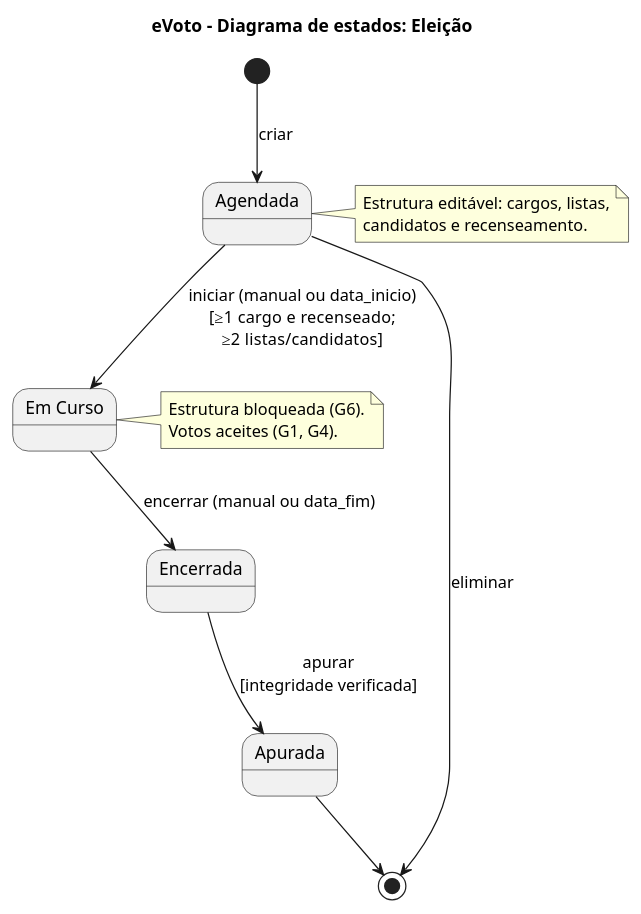
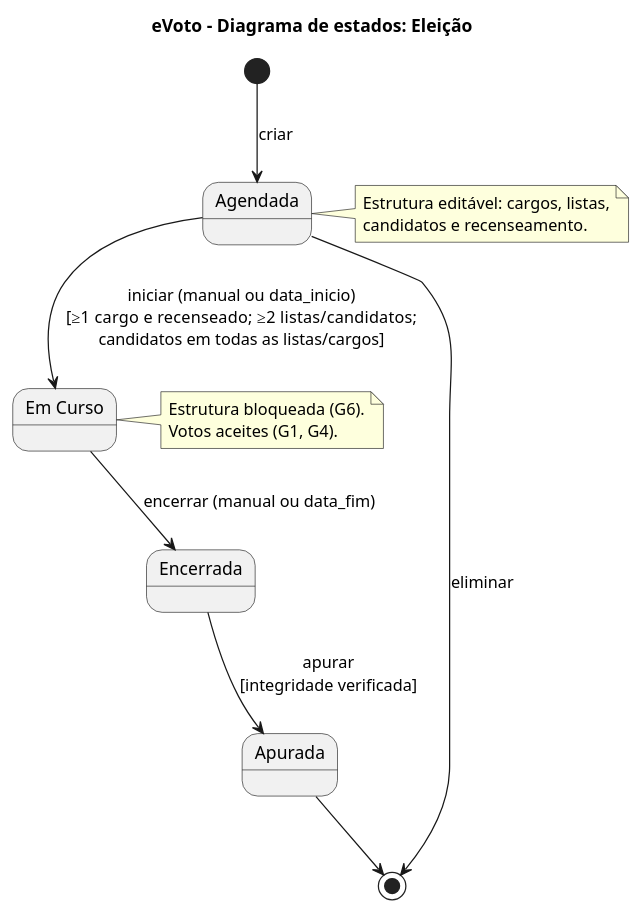
Before and after one commit to Prreira/BDD_Project: the diagram in docs/uml/05_estados_eleicao.puml, drawn with PlantUML. The commit also changed 18 other files, not shown here.

```diff
--- a/docs/uml/05_estados_eleicao.puml
+++ b/docs/uml/05_estados_eleicao.puml
@@ -1,20 +1,21 @@
 @startuml
 title eVoto - Diagrama de estados: Eleição
+
+state "Em Curso" as EmCurso
+
 [*] --> Agendada : criar
-Agendada --> EmCurso : iniciar (manual ou data_inicio)\n[≥1 cargo e recenseado;\n≥2 listas/candidatos]
+Agendada --> EmCurso : iniciar (manual ou data_inicio)\n[≥1 cargo e recenseado; ≥2 listas/candidatos;\ncandidatos em todas as listas/cargos]
 EmCurso --> Encerrada : encerrar (manual ou data_fim)
 Encerrada --> Apurada : apurar\n[integridade verificada]
 Apurada --> [*]
 Agendada --> [*] : eliminar
-
-state "Em Curso" as EmCurso
 
 note right of Agendada
   Estrutura editável: cargos, listas,
   candidatos e recenseamento.
 end note
 note right of EmCurso
   Estrutura bloqueada (G6).
   Votos aceites (G1, G4).
 end note
 @enduml
```
